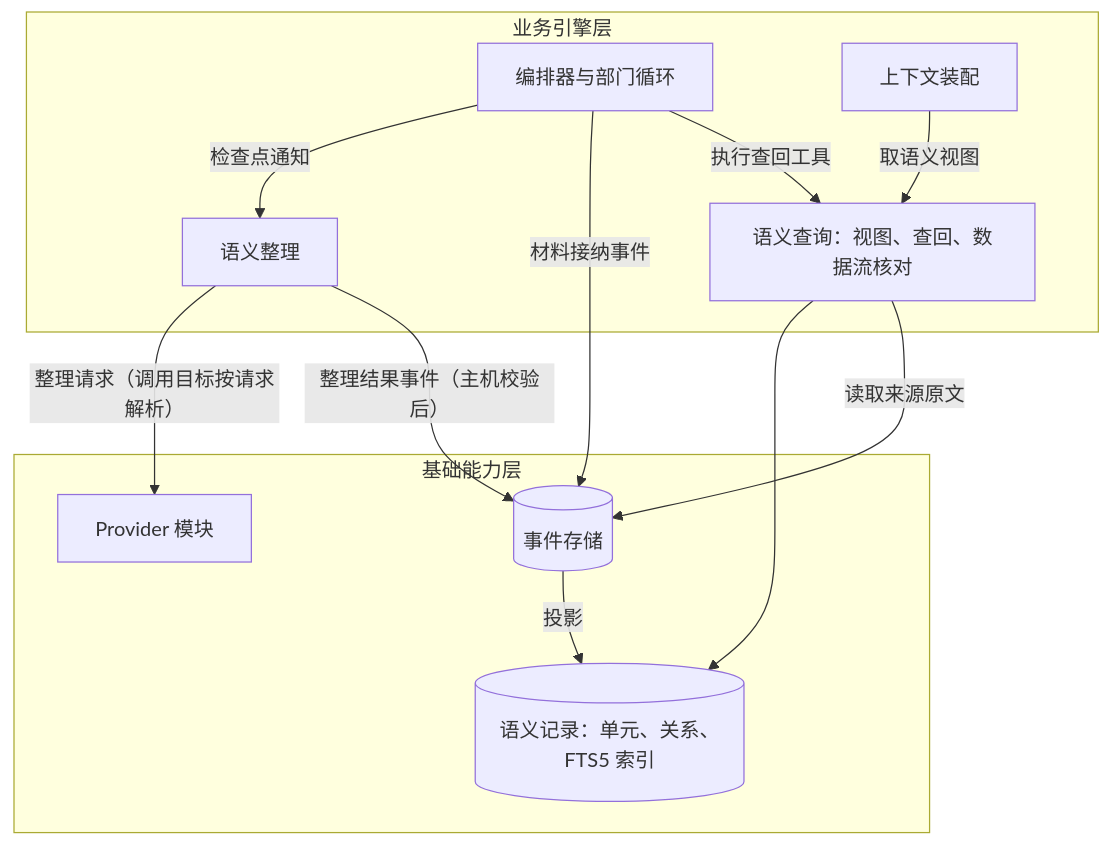
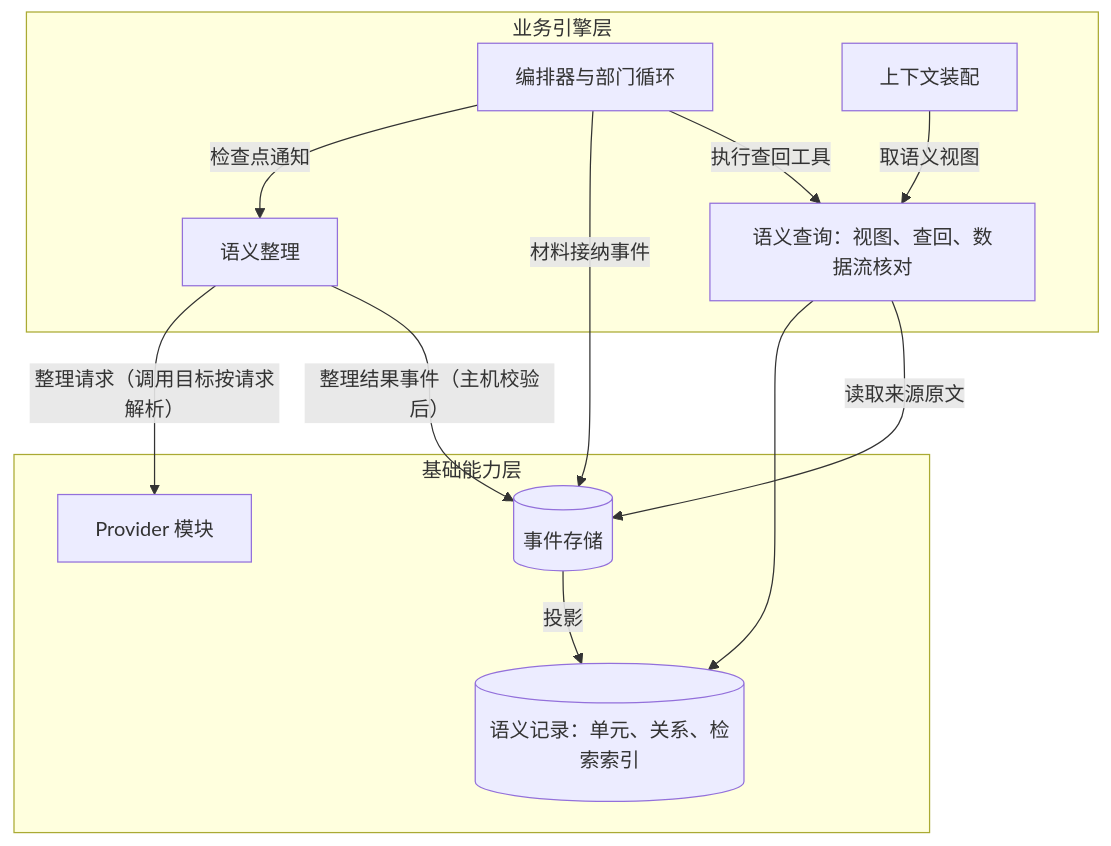
Before and after one commit to bender2333/yudao: the second of 3 diagrams in docs/design/semantic-system.md, drawn with Mermaid. The commit also changed other lines of this file and 10 other files, not shown here.

Commit message:
docs: 路线图加入 3.10 语义系统与 3.6 部门内多角色；工程拆出架构师，语义系统检索方式改为 TODO

````diff
--- a/docs/design/semantic-system.md
+++ b/docs/design/semantic-system.md
@@ -60,23 +60,23 @@
 ```mermaid
 flowchart TB
   subgraph Engine["业务引擎层"]
     Orch["编排器与部门循环"]
     Asm["上下文装配"]
     Org["语义整理"]
     Query["语义查询：视图、查回、数据流核对"]
   end
   subgraph Base["基础能力层"]
     ES[("事件存储")]
-    Rec[("语义记录：单元、关系、FTS5 索引")]
+    Rec[("语义记录：单元、关系、检索索引")]
     PM["Provider 模块"]
   end
   Orch -->|"检查点通知"| Org
   Org -->|"整理请求（调用目标按请求解析）"| PM
   Org -->|"整理结果事件（主机校验后）"| ES
   Orch -->|"材料接纳事件"| ES
   ES -->|"投影"| Rec
   Asm -->|"取语义视图"| Query
   Orch -->|"执行查回工具"| Query
   Query --> Rec
   Query -->|"读取来源原文"| ES
 ```
````
